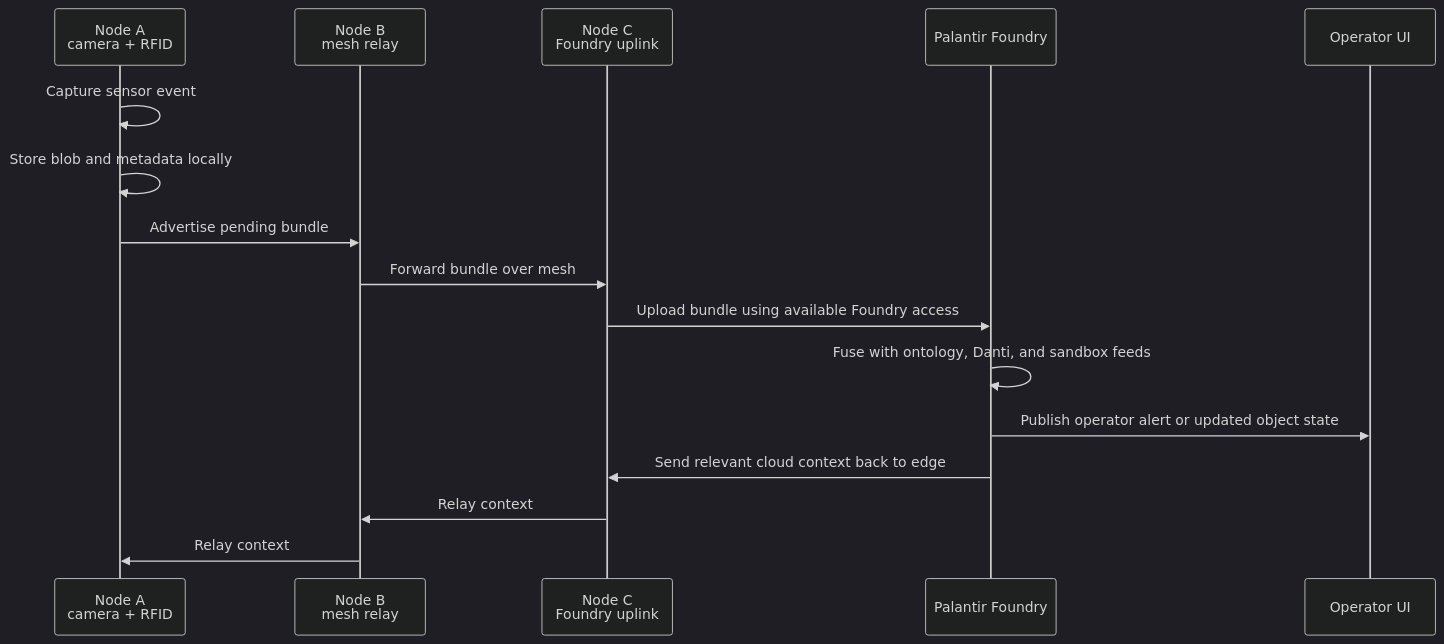
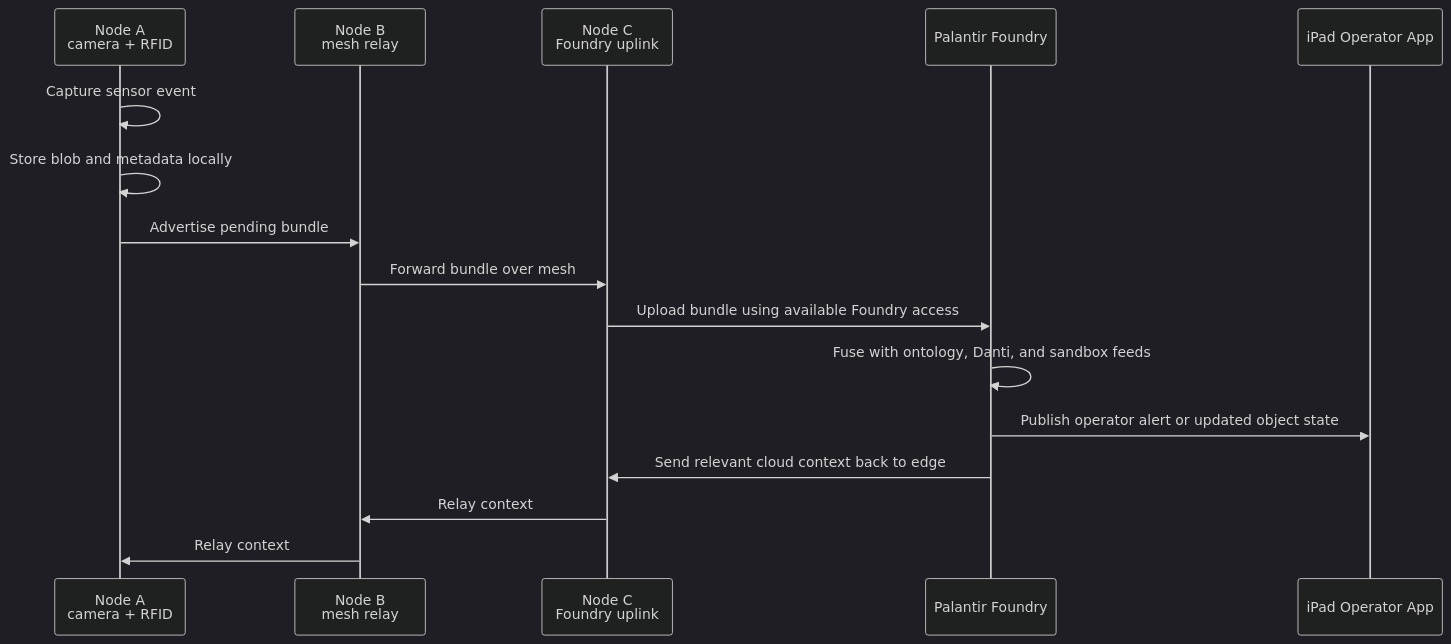
Before and after one commit to digitalnomd/altiair: the second of 3 diagrams in README.md, drawn with Mermaid (dark theme). The commit also changed other lines of this file, not shown here.

Commit message:
Add hackathon workstreams and iPad operator app

````diff
--- a/README.md
+++ b/README.md
@@ -52,19 +52,19 @@
 ```mermaid
 sequenceDiagram
   participant N1 as Node A<br/>camera + RFID
   participant N2 as Node B<br/>mesh relay
   participant N3 as Node C<br/>Foundry uplink
   participant F as Palantir Foundry
-  participant U as Operator UI
+  participant U as iPad Operator App
 
   N1->>N1: Capture sensor event
   N1->>N1: Store blob and metadata locally
   N1->>N2: Advertise pending bundle
   N2->>N3: Forward bundle over mesh
   N3->>F: Upload bundle using available Foundry access
   F->>F: Fuse with ontology, Danti, and sandbox feeds
   F->>U: Publish operator alert or updated object state
   F->>N3: Send relevant cloud context back to edge
   N3->>N2: Relay context
   N2->>N1: Relay context
 ```
````
